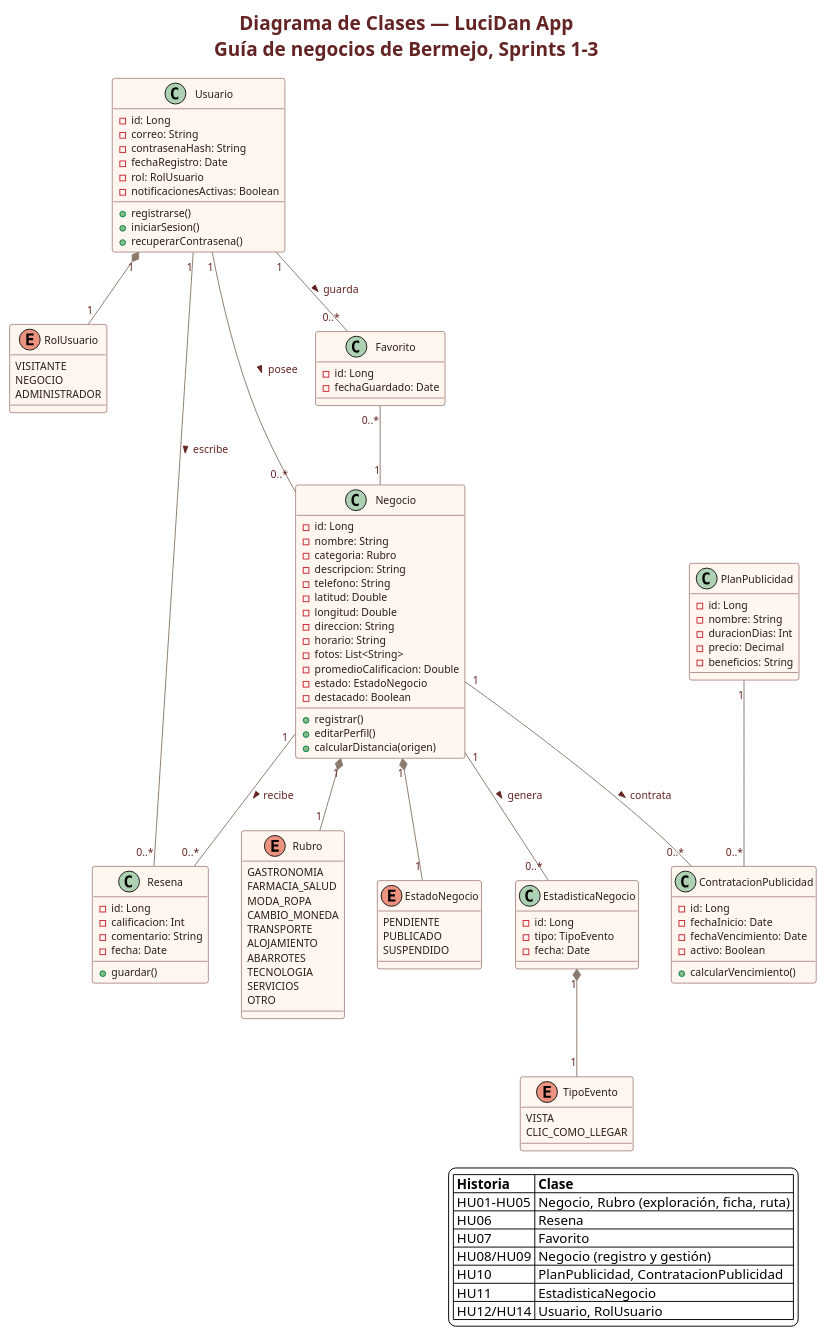
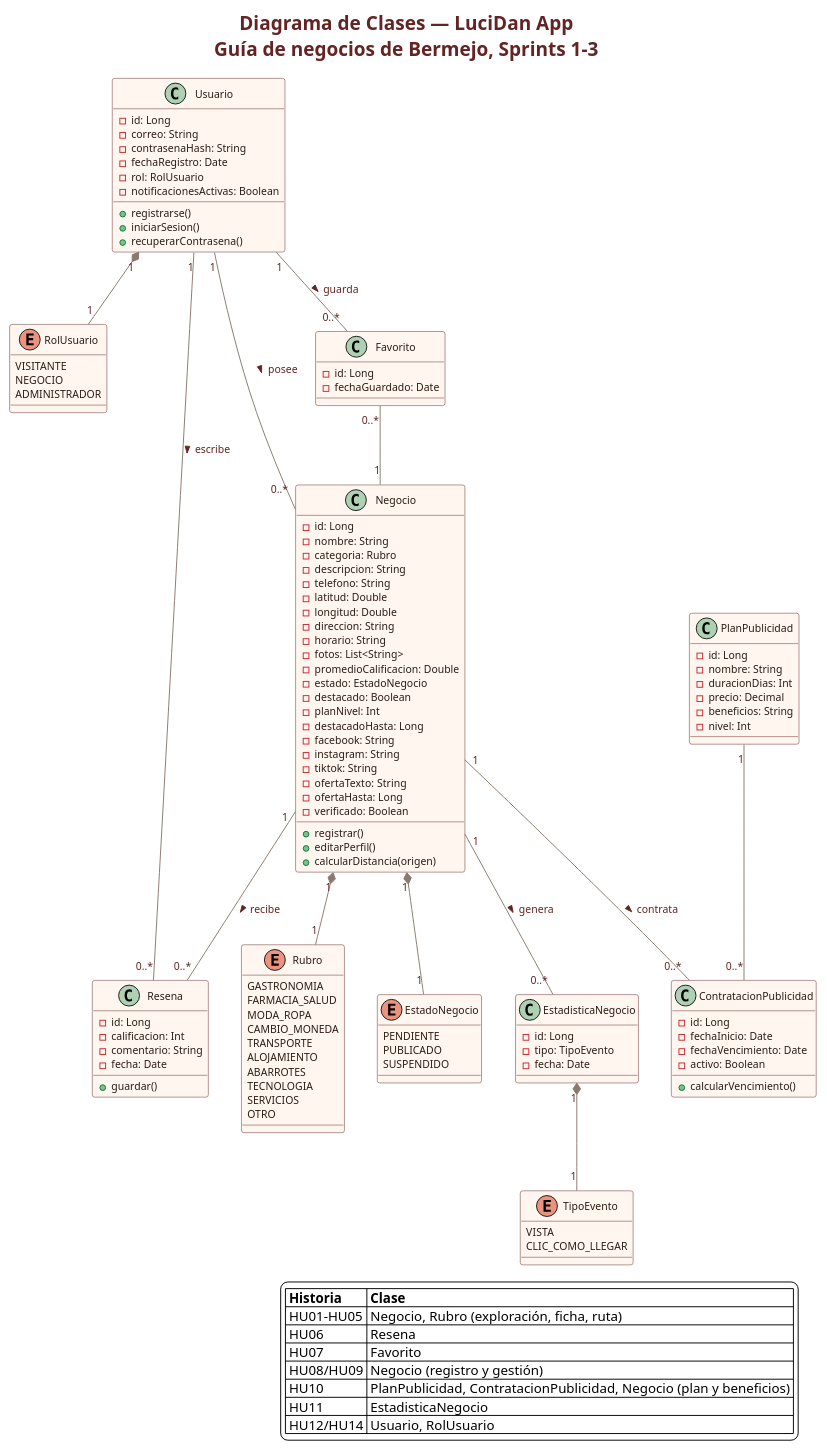
The diagram in diagrams/00_Diagrama_de_Clases.puml (chelingo1994/LuciDan), drawn with PlantUML before and after one commit. The commit also changed 56 other files, not shown here.

```diff
--- a/diagrams/00_Diagrama_de_Clases.puml
+++ b/diagrams/00_Diagrama_de_Clases.puml
@@ -1,145 +1,154 @@
 @startuml
 
 skinparam backgroundColor white
 skinparam shadowing false
 skinparam defaultFontName Arial
 skinparam classFontColor #2B1D14
 skinparam classFontSize 13
 skinparam classBorderColor #632423
 skinparam classBackgroundColor #FFF6F0
 skinparam classAttributeFontColor #2B1D14
 skinparam classAttributeFontSize 11
 skinparam ArrowColor #8A7A6C
 skinparam ArrowFontColor #632423
 skinparam ArrowFontSize 11
 skinparam titleFontColor #632423
 skinparam titleFontSize 20
 skinparam titleFontStyle bold
 
 
 title
 Diagrama de Clases — LuciDan App
 Guía de negocios de Bermejo, Sprints 1-3
 end title
 
 class Usuario {
   -id: Long
   -correo: String
   -contrasenaHash: String
   -fechaRegistro: Date
   -rol: RolUsuario
   -notificacionesActivas: Boolean
   +registrarse()
   +iniciarSesion()
   +recuperarContrasena()
 }
 
 enum RolUsuario {
   VISITANTE
   NEGOCIO
   ADMINISTRADOR
 }
 
 class Negocio {
   -id: Long
   -nombre: String
   -categoria: Rubro
   -descripcion: String
   -telefono: String
   -latitud: Double
   -longitud: Double
   -direccion: String
   -horario: String
   -fotos: List<String>
   -promedioCalificacion: Double
   -estado: EstadoNegocio
   -destacado: Boolean
+  -planNivel: Int
+  -destacadoHasta: Long
+  -facebook: String
+  -instagram: String
+  -tiktok: String
+  -ofertaTexto: String
+  -ofertaHasta: Long
+  -verificado: Boolean
   +registrar()
   +editarPerfil()
   +calcularDistancia(origen)
 }
 
 enum Rubro {
   GASTRONOMIA
   FARMACIA_SALUD
   MODA_ROPA
   CAMBIO_MONEDA
   TRANSPORTE
   ALOJAMIENTO
   ABARROTES
   TECNOLOGIA
   SERVICIOS
   OTRO
 }
 
 enum EstadoNegocio {
   PENDIENTE
   PUBLICADO
   SUSPENDIDO
 }
 
 class Resena {
   -id: Long
   -calificacion: Int
   -comentario: String
   -fecha: Date
   +guardar()
 }
 
 class Favorito {
   -id: Long
   -fechaGuardado: Date
 }
 
 class PlanPublicidad {
   -id: Long
   -nombre: String
   -duracionDias: Int
   -precio: Decimal
   -beneficios: String
+  -nivel: Int
 }
 
 class ContratacionPublicidad {
   -id: Long
   -fechaInicio: Date
   -fechaVencimiento: Date
   -activo: Boolean
   +calcularVencimiento()
 }
 
 class EstadisticaNegocio {
   -id: Long
   -tipo: TipoEvento
   -fecha: Date
 }
 
 enum TipoEvento {
   VISTA
   CLIC_COMO_LLEGAR
 }
 
 Usuario "1" *-- "1" RolUsuario
 Usuario "1" -- "0..*" Resena : escribe >
 Usuario "1" -- "0..*" Favorito : guarda >
 Favorito "0..*" -- "1" Negocio
 Negocio "1" -- "0..*" Resena : recibe >
 Usuario "1" -- "0..*" Negocio : posee >
 Negocio "1" *-- "1" EstadoNegocio
 Negocio "1" *-- "1" Rubro
 Negocio "1" -- "0..*" ContratacionPublicidad : contrata >
 PlanPublicidad "1" -- "0..*" ContratacionPublicidad
 Negocio "1" -- "0..*" EstadisticaNegocio : genera >
 EstadisticaNegocio "1" *-- "1" TipoEvento
 
 legend right
   |= Historia |= Clase |
   | HU01-HU05 | Negocio, Rubro (exploración, ficha, ruta) |
   | HU06 | Resena |
   | HU07 | Favorito |
   | HU08/HU09 | Negocio (registro y gestión) |
-  | HU10 | PlanPublicidad, ContratacionPublicidad |
+  | HU10 | PlanPublicidad, ContratacionPublicidad, Negocio (plan y beneficios) |
   | HU11 | EstadisticaNegocio |
   | HU12/HU14 | Usuario, RolUsuario |
 endlegend
 
 @enduml
```
